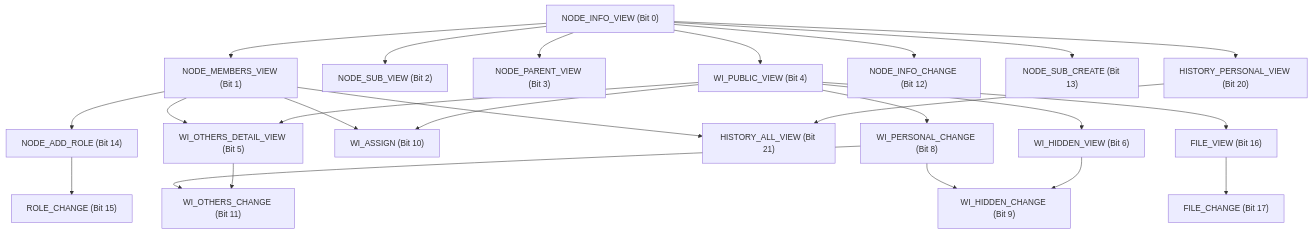
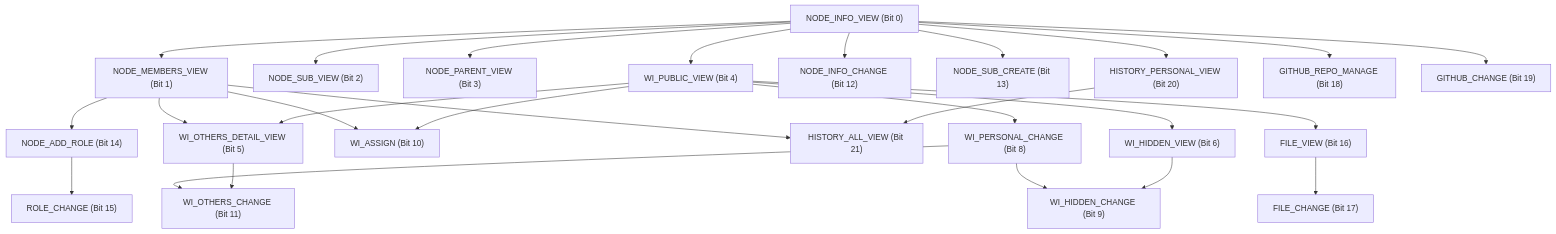
One commit to junjunshim/Graduation-Project changed the diagram in docs/AUTHORITY_GUIDE.md. Above: the diagram before and after it, drawn with Mermaid. The commit also changed other lines of this file and 7 other files, not shown here.

````diff
--- a/docs/AUTHORITY_GUIDE.md
+++ b/docs/AUTHORITY_GUIDE.md
@@ -76,31 +77,33 @@
 ```mermaid
 graph TD
     Bit0["NODE_INFO_VIEW (Bit 0)"] --> Bit1["NODE_MEMBERS_VIEW (Bit 1)"]
     Bit0 --> Bit2["NODE_SUB_VIEW (Bit 2)"]
     Bit0 --> Bit3["NODE_PARENT_VIEW (Bit 3)"]
     Bit0 --> Bit4["WI_PUBLIC_VIEW (Bit 4)"]
     Bit0 --> Bit12["NODE_INFO_CHANGE (Bit 12)"]
     Bit0 --> Bit13["NODE_SUB_CREATE (Bit 13)"]
     Bit0 --> Bit20["HISTORY_PERSONAL_VIEW (Bit 20)"]
+    Bit0 --> Bit18["GITHUB_REPO_MANAGE (Bit 18)"]
+    Bit0 --> Bit19["GITHUB_CHANGE (Bit 19)"]
 
     Bit1 --> Bit14["NODE_ADD_ROLE (Bit 14)"]
     Bit14 --> Bit15["ROLE_CHANGE (Bit 15)"]
     Bit1 --> Bit5["WI_OTHERS_DETAIL_VIEW (Bit 5)"]
     Bit1 --> Bit10["WI_ASSIGN (Bit 10)"]
     Bit1 --> Bit21["HISTORY_ALL_VIEW (Bit 21)"]
 
     Bit4 --> Bit5
     Bit4 --> Bit6["WI_HIDDEN_VIEW (Bit 6)"]
     Bit4 --> Bit8["WI_PERSONAL_CHANGE (Bit 8)"]
     Bit4 --> Bit10
     Bit4 --> Bit16["FILE_VIEW (Bit 16)"]
 
     Bit8 --> Bit9["WI_HIDDEN_CHANGE (Bit 9)"]
     Bit6 --> Bit9
     Bit8 --> Bit11["WI_OTHERS_CHANGE (Bit 11)"]
     Bit5 --> Bit11
 
     Bit16 --> Bit17["FILE_CHANGE (Bit 17)"]
 
     Bit20 --> Bit21
 ```
````
